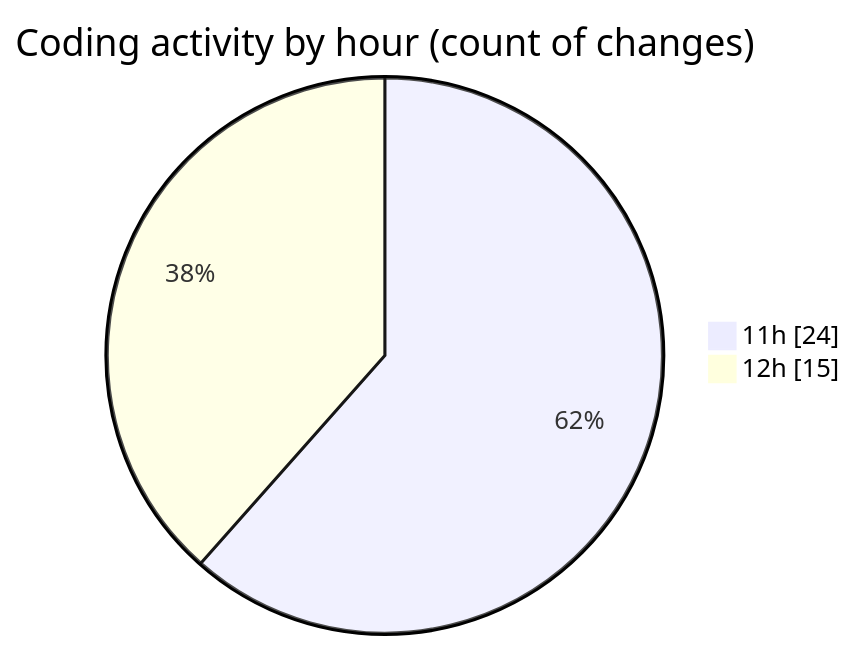
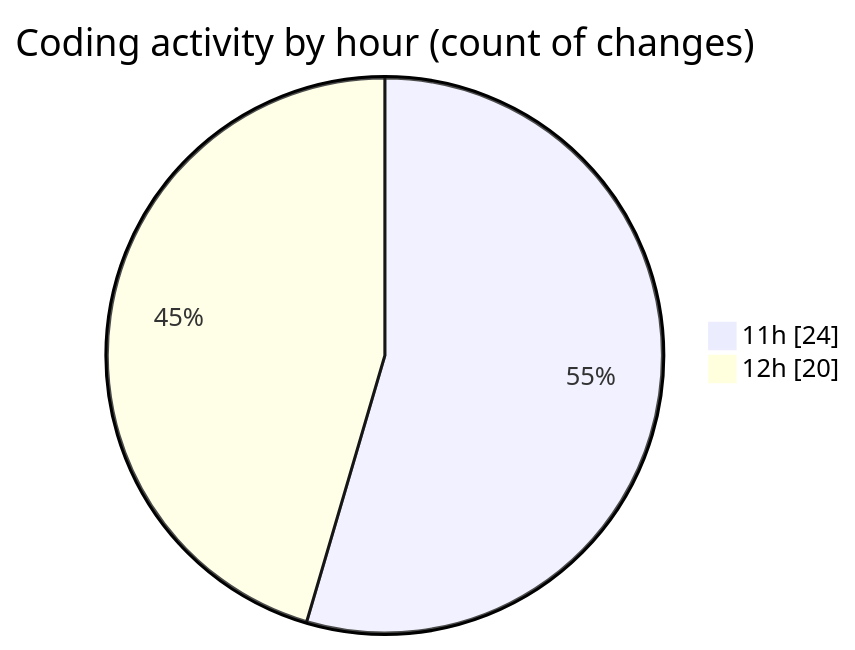
Before and after one commit to vahidmafi/code-tracking: the second of 2 diagrams in 2025-07-21/shop/README.md, drawn with Mermaid. The commit also changed other lines of this file and 1 other file, not shown here.

````diff
--- a/2025-07-21/shop/README.md
+++ b/2025-07-21/shop/README.md
@@ -34,6 +34,6 @@
 ```mermaid
 pie showData
 title Coding activity by hour (count of changes)
 "11h" : 24
-"12h" : 15
+"12h" : 20
 ```
````
